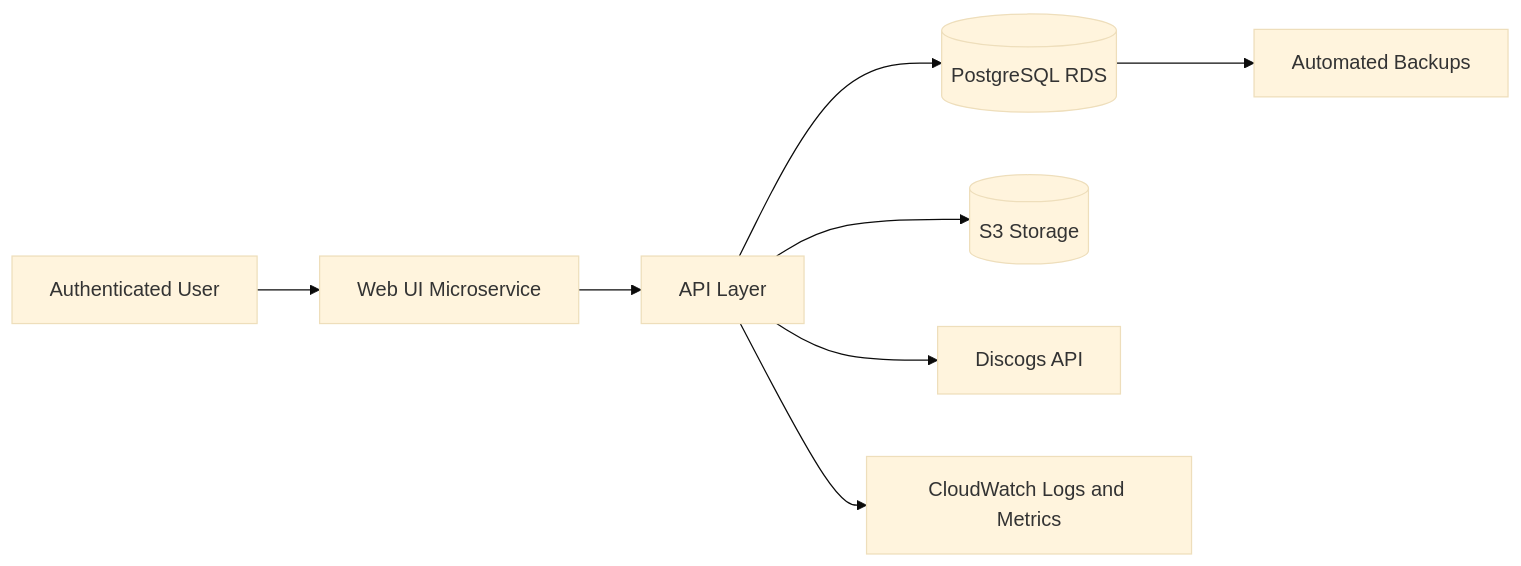
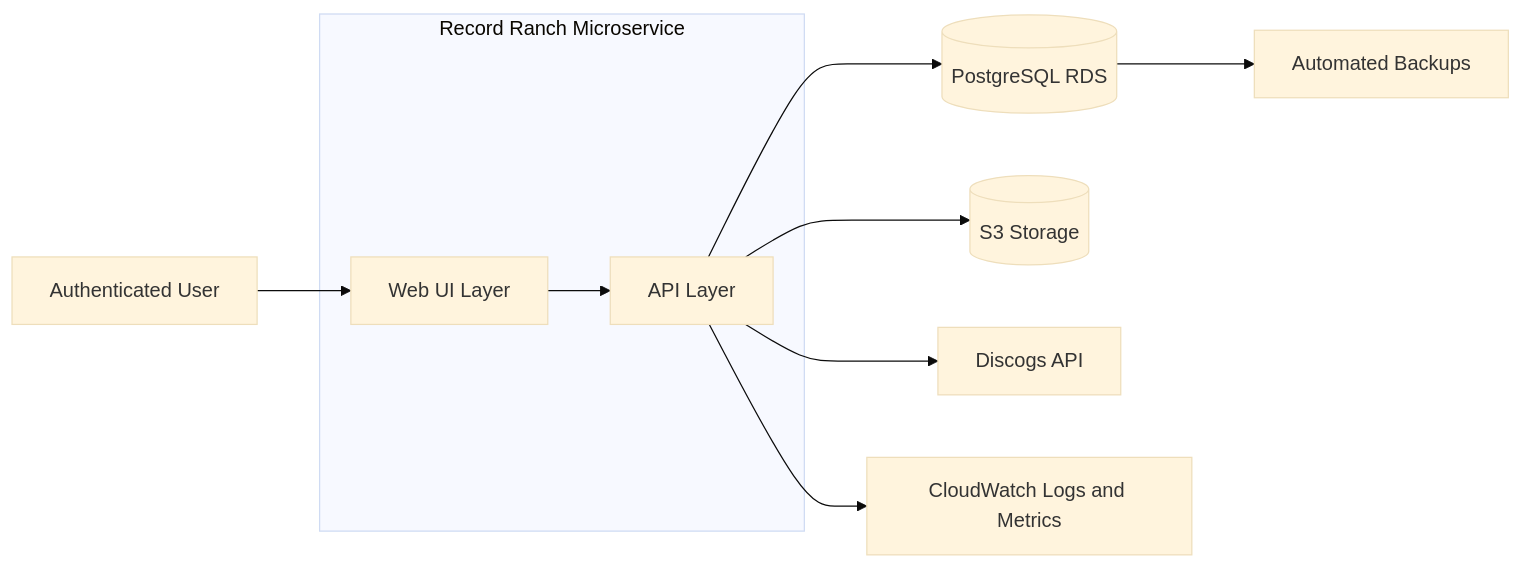
Before and after one commit to vrwmiller/records: the first of 3 diagrams in docs/architecture.md, drawn with Mermaid (base theme). The commit also changed other lines of this file, not shown here.

Commit message:
fix: group UI+API into single microservice subgraph and normalize UX friction terminology

````diff
--- a/docs/architecture.md
+++ b/docs/architecture.md
@@ -18,11 +18,16 @@
 ```mermaid
 flowchart LR
-  U[Authenticated User] --> W[Web UI Microservice]
-  W --> A[API Layer]
+  U[Authenticated User] --> W
+
+  subgraph SVC[Record Ranch Microservice]
+    W[Web UI Layer]
+    W --> A[API Layer]
+  end
+
   A --> D[(PostgreSQL RDS)]
   A --> S[(S3 Storage)]
   A --> C[Discogs API]
 
   A --> L[CloudWatch Logs and Metrics]
   D --> B[Automated Backups]
 ```
````
